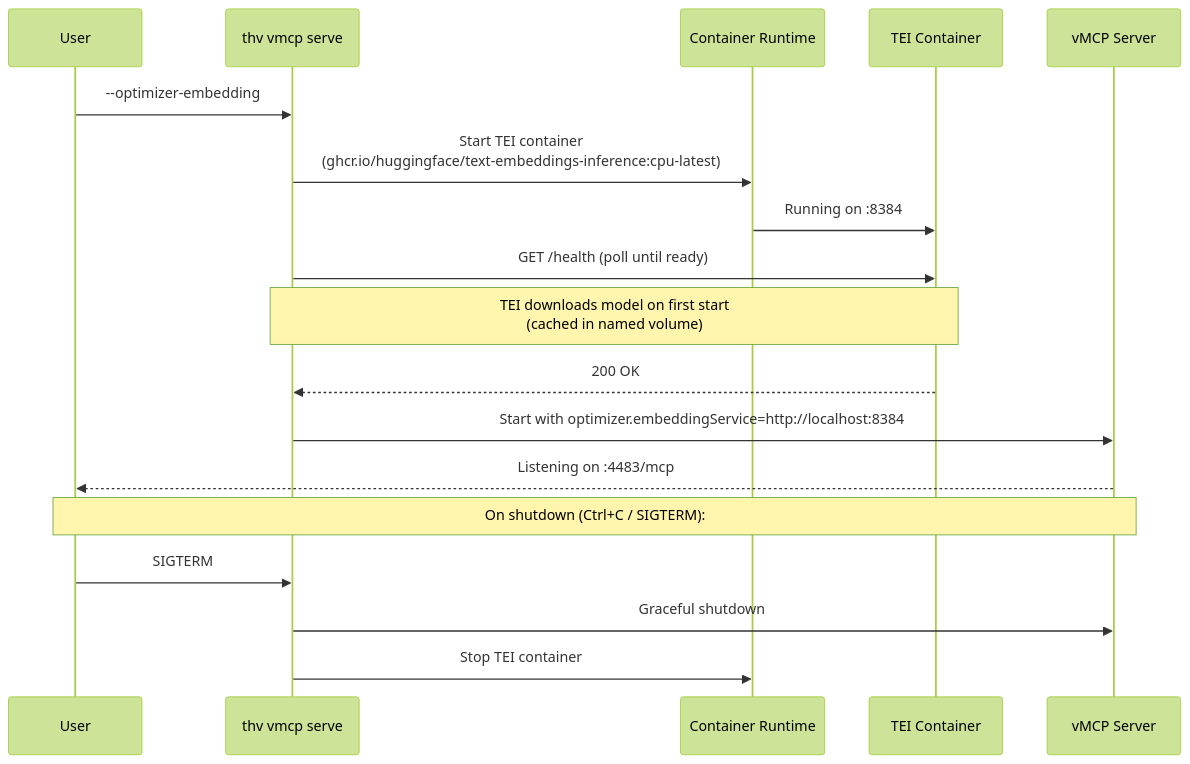
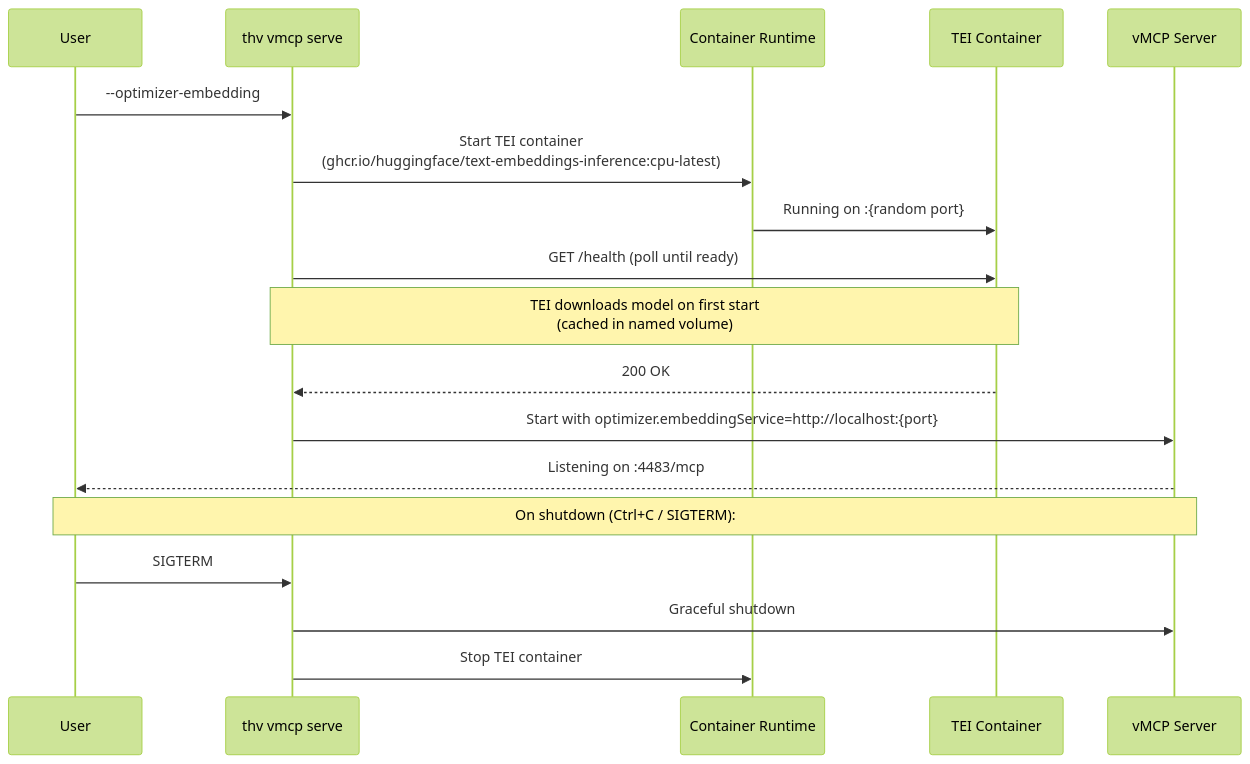
One commit to stacklok/toolhive-rfcs changed the fourth of 5 diagrams in rfcs/THV-0059-vmcp-local-experience.md. Above: the diagram before and after it, drawn with Mermaid (forest theme). The commit also changed other lines of this file, not shown here.

First line of the commit message:
Address review feedback on THV-0059 vMCP local experience RFC

````diff
--- a/rfcs/THV-0059-vmcp-local-experience.md
+++ b/rfcs/THV-0059-vmcp-local-experience.md
@@ -428,22 +425,22 @@
 ```mermaid
 sequenceDiagram
     participant User
     participant THV as thv vmcp serve
     participant Runtime as Container Runtime
     participant TEI as TEI Container
     participant VMCP as vMCP Server
 
     User->>THV: --optimizer-embedding
     THV->>Runtime: Start TEI container<br/>(ghcr.io/huggingface/text-embeddings-inference:cpu-latest)
-    Runtime->>TEI: Running on :8384
+    Runtime->>TEI: Running on :{random port}
     THV->>TEI: GET /health (poll until ready)
     Note over THV,TEI: TEI downloads model on first start<br/>(cached in named volume)
     TEI-->>THV: 200 OK
-    THV->>VMCP: Start with optimizer.embeddingService=http://localhost:8384
+    THV->>VMCP: Start with optimizer.embeddingService=http://localhost:{port}
     VMCP-->>User: Listening on :4483/mcp
 
     Note over User,VMCP: On shutdown (Ctrl+C / SIGTERM):
     User->>THV: SIGTERM
     THV->>VMCP: Graceful shutdown
     THV->>Runtime: Stop TEI container
 ```
````
